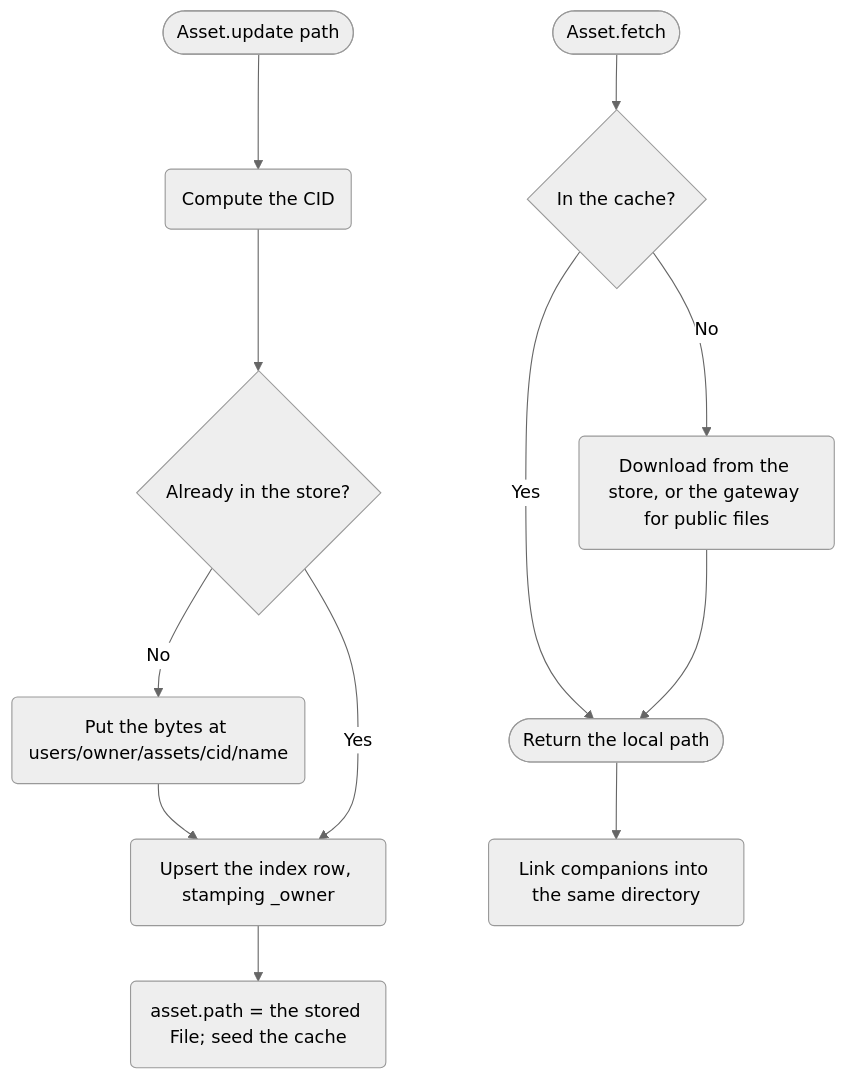
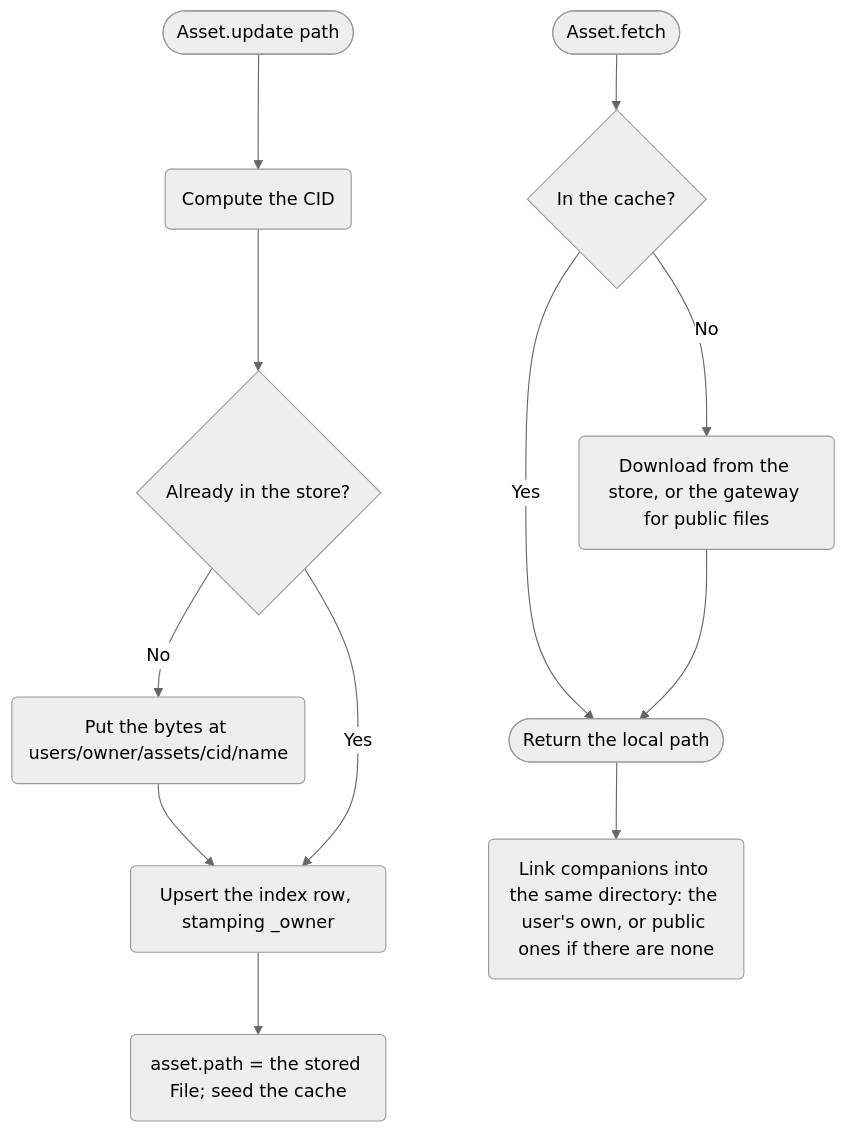
The diagram in docs/architecture/configuration.md (StargazerBio/stargazer), drawn with Mermaid (neutral theme) before and after one commit. The commit also changed other lines of this file and 6 other files, not shown here.

First line of the commit message:
Take fetch()'s companions from the user, or else the public tier

````diff
--- a/docs/architecture/configuration.md
+++ b/docs/architecture/configuration.md
@@ -42,13 +42,13 @@
 ```mermaid
 flowchart TD
     U([Asset.update path]) --> C("Compute the CID")
     C --> S{Already in the store?}
     S -->|No| P("Put the bytes at users/owner/assets/cid/name") --> R
     S -->|Yes| R("Upsert the index row, stamping _owner")
     R --> F("asset.path = the stored File; seed the cache")
 
     G([Asset.fetch]) --> H{In the cache?}
     H -->|Yes| L([Return the local path])
     H -->|No| D("Download from the store, or the gateway for public files") --> L
-    L --> M("Link companions into the same directory")
+    L --> M("Link companions into the same directory: the user's own, or public ones if there are none")
 ```
````
